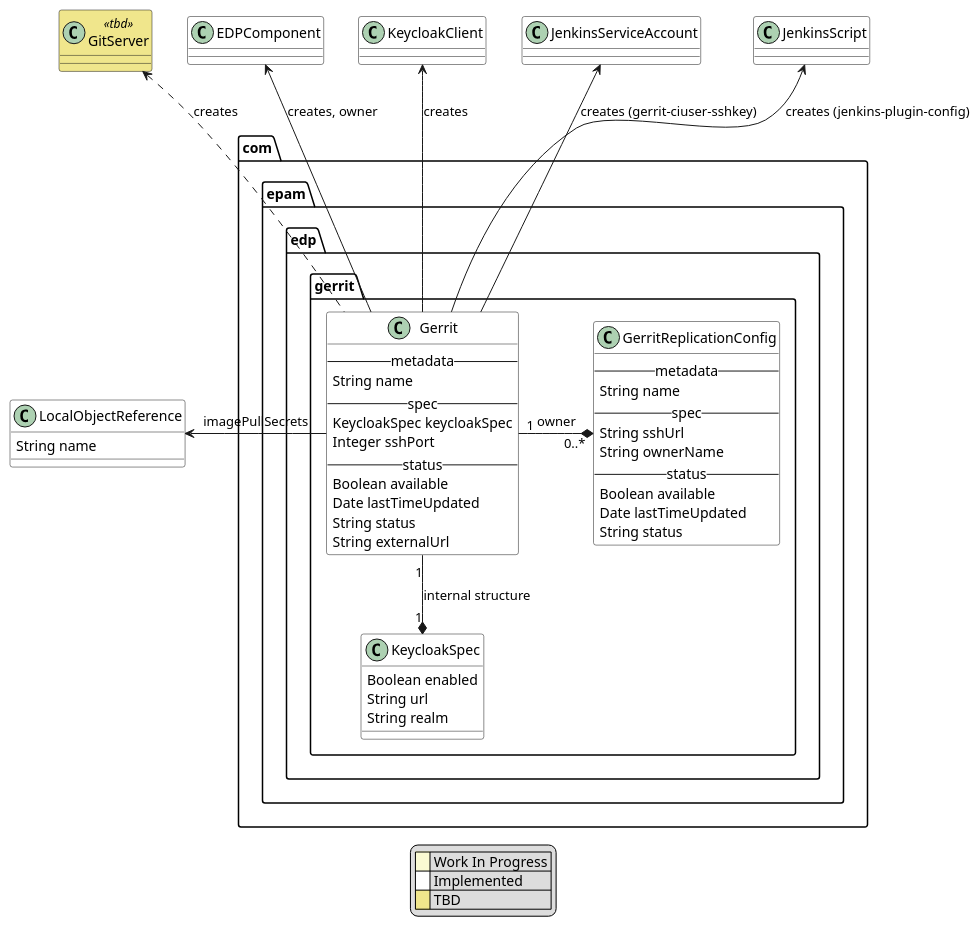
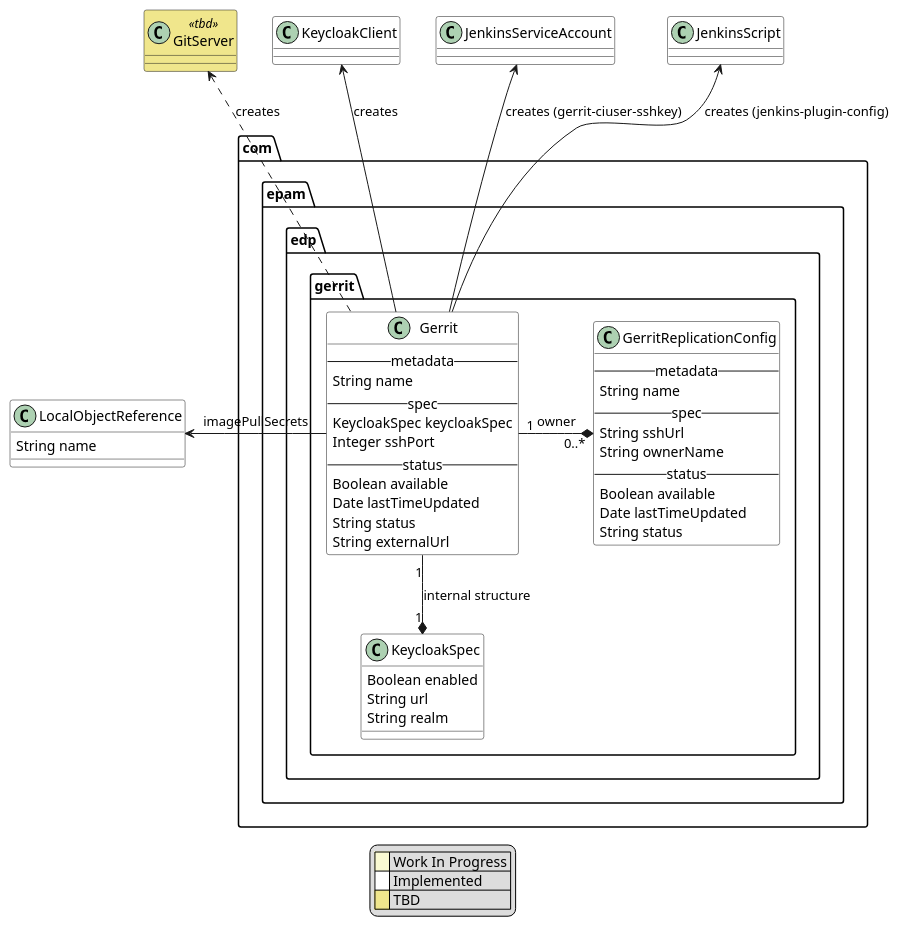
The diagram in documentation/puml/arch.puml (epam/edp-gerrit-operator), drawn with PlantUML before and after one commit. The commit also changed 4 other files, not shown here.

```diff
--- a/documentation/puml/arch.puml
+++ b/documentation/puml/arch.puml
@@ -1,68 +1,67 @@
 @startuml
 
 skinparam class {
     BackgroundColor #white
 	BackgroundColor<<wip>> LightGoldenRodYellow
 	BackgroundColor<<tbd>> Khaki
 }
 
 package com.epam.edp.gerrit {
     class Gerrit {
       -- metadata --
         String name
       -- spec --
         KeycloakSpec keycloakSpec
         Integer sshPort
       -- status --
         Boolean available
         Date lastTimeUpdated
         String status
         String externalUrl
     }
 
     Gerrit "1" --* "1" KeycloakSpec : internal structure
     class KeycloakSpec {
         Boolean enabled
         String url
         String realm
     }
 
     Gerrit "1" -* "0..*" GerritReplicationConfig : owner
     class GerritReplicationConfig {
         --metadata--
             String name
         --spec--
             String sshUrl
             String ownerName
         --status--
             Boolean available
             Date lastTimeUpdated
             String status
     }
 }
 
 Gerrit -u-> JenkinsScript : creates (jenkins-plugin-config)
 Gerrit -u-> JenkinsServiceAccount : creates (gerrit-ciuser-sshkey)
 Gerrit -u-> KeycloakClient : creates
-Gerrit -u-> EDPComponent : creates, owner
 Gerrit .u.> GitServer : creates
 class LocalObjectReference {
     String name
 }
 Gerrit -l-> LocalObjectReference : imagePullSecrets
 class GitServer <<tbd>> {
 }
 
 
 legend
 |<back:LightGoldenRodYellow>    </back>| Work In Progress |
 |<back:White>    </back>| Implemented |
 |<back:Khaki>    </back>| TBD |
 endlegend
 
 skinparam class {
 	backgroundColor<<impl>> LightGoldenRodYellow
 	backgroundColor<<wip>> LightGreen
 	backgroundColor<<tbd>> Khaki
 }
 @enduml
```
